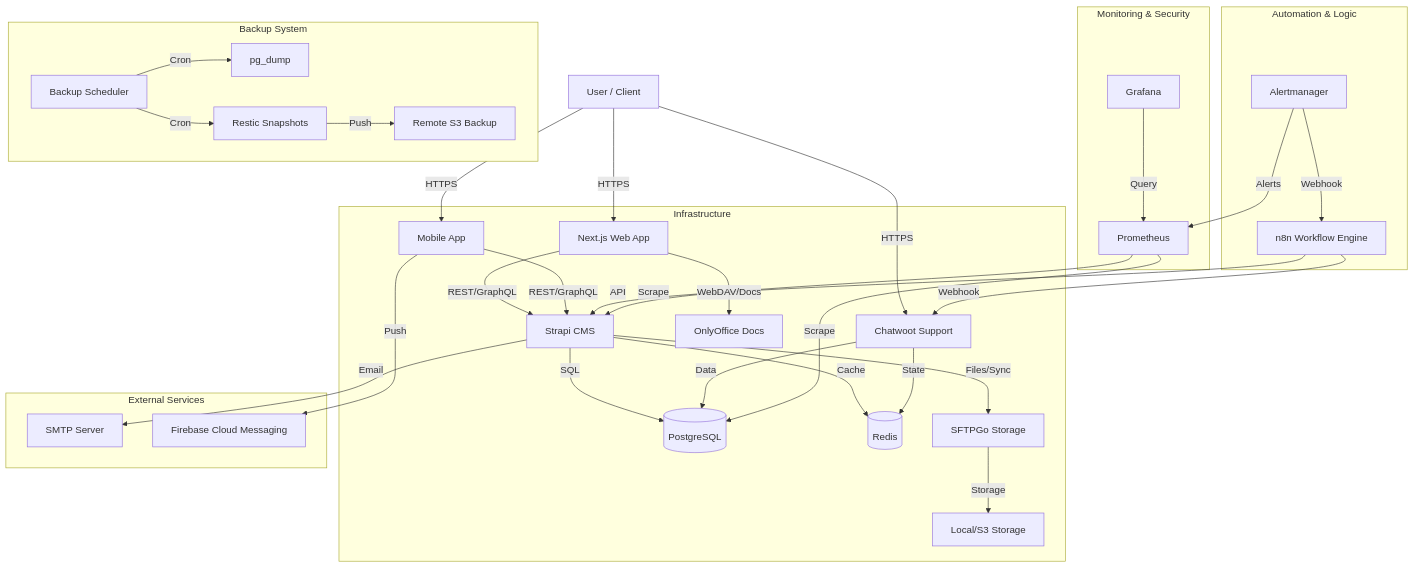
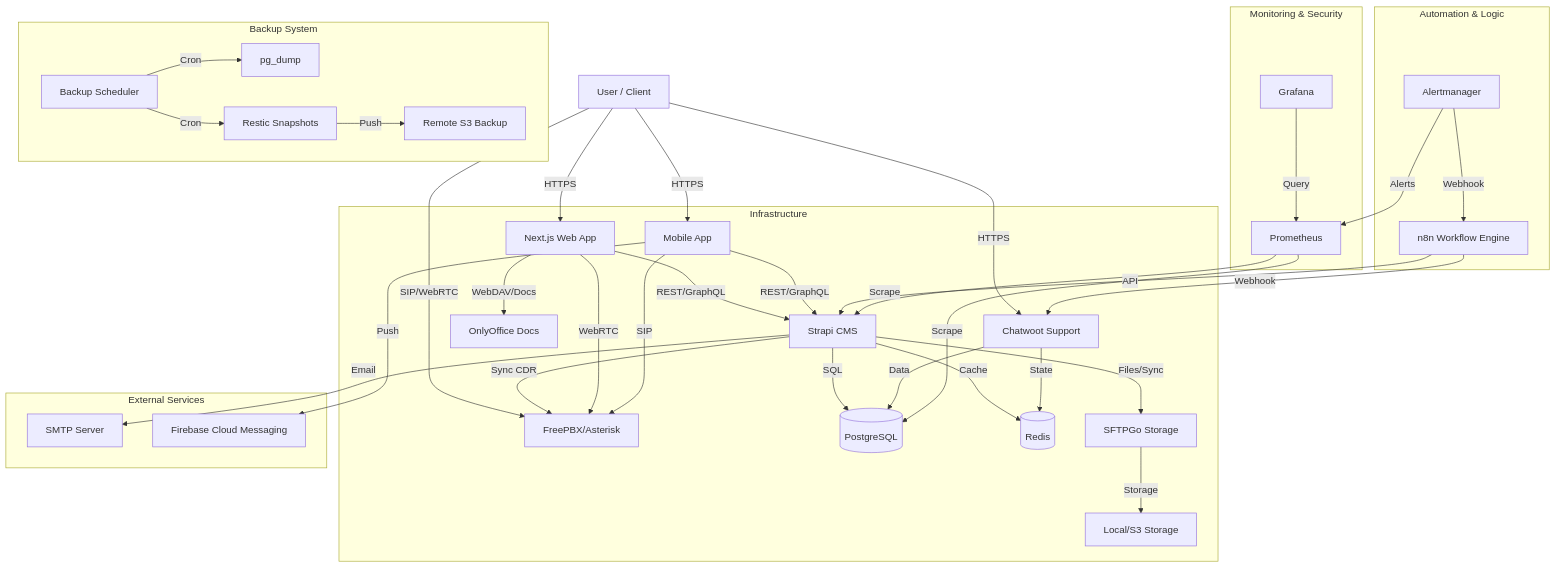
One commit to brnakblt/arkadas-core changed the diagram in docs/ARCHITECTURE.md. Above: the diagram before and after it, drawn with Mermaid. The commit also changed other lines of this file and 50 other files, not shown here.

````diff
--- a/docs/ARCHITECTURE.md
+++ b/docs/ARCHITECTURE.md
@@ -9,46 +9,50 @@
 ```mermaid
 graph TD
     User[User / Client] -->|HTTPS| Web[Next.js Web App]
     User -->|HTTPS| Mobile[Mobile App]
     User -->|HTTPS| Chatwoot[Chatwoot Support]
+    User -->|SIP/WebRTC| PBX[FreePBX/Asterisk]
     
     subgraph "Infrastructure"
         Web -->|REST/GraphQL| Strapi[Strapi CMS]
         Mobile -->|REST/GraphQL| Strapi
         
         Strapi -->|SQL| Postgres[(PostgreSQL)]
         Strapi -->|Cache| Redis[(Redis)]
         Strapi -->|Files/Sync| SFTPGo[SFTPGo Storage]
+        Strapi -->|Sync CDR| PBX
         
+        Web -->|WebRTC| PBX
+        Mobile -->|SIP| PBX
         Web -->|WebDAV/Docs| OnlyOffice[OnlyOffice Docs]
         SFTPGo -->|Storage| Disk[Local/S3 Storage]
 
         Chatwoot -->|State| Redis
         Chatwoot -->|Data| Postgres
     end
 
     subgraph "Automation & Logic"
         n8n[n8n Workflow Engine]
         n8n -->|Webhook| Chatwoot
         n8n -->|API| Strapi
         Alertmanager -->|Webhook| n8n
     end
 
     subgraph "Monitoring & Security"
         Prometheus -->|Scrape| Strapi
         Prometheus -->|Scrape| Postgres
         Grafana -->|Query| Prometheus
         Alertmanager -->|Alerts| Prometheus
     end
 
     subgraph "Backup System"
         Scheduler[Backup Scheduler] -->|Cron| PG_Dump[pg_dump]
         Scheduler -->|Cron| Restic[Restic Snapshots]
         Restic -->|Push| S3_Backup[Remote S3 Backup]
     end
 
     subgraph "External Services"
         Strapi -->|Email| SMTP[SMTP Server]
         Mobile -->|Push| FCM[Firebase Cloud Messaging]
     end
 ```
````
